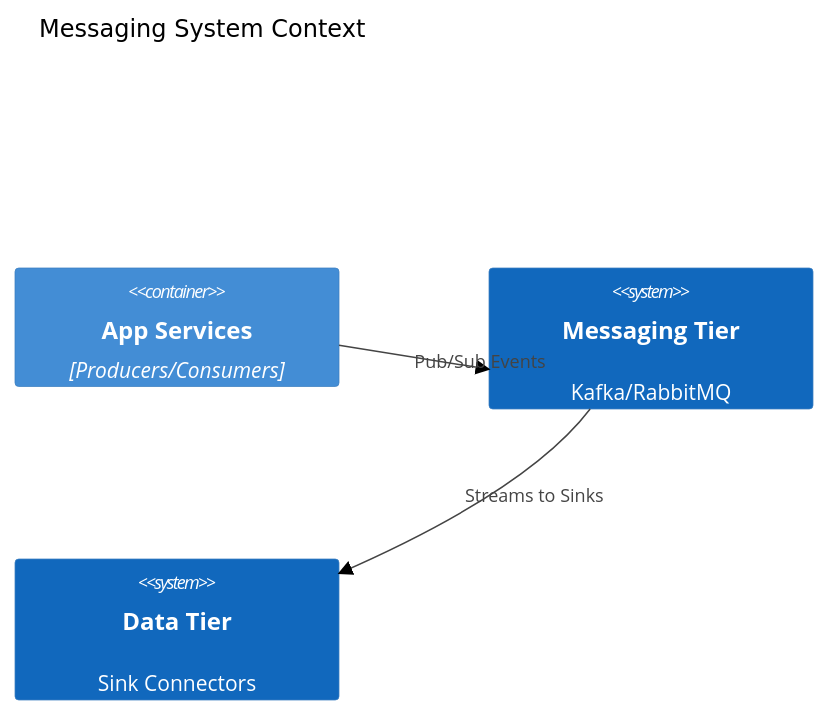
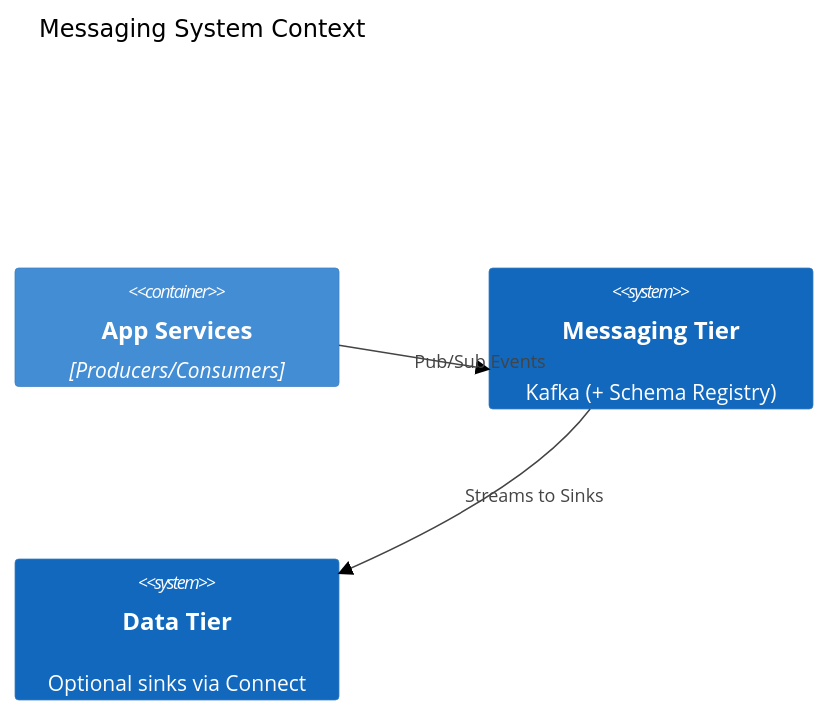
Before and after one commit to buenhyden/hy-home.docker: the diagram in docs/ard/messaging-ard.md, drawn with Mermaid (neutral theme). The commit also changed other lines of this file and 35 other files, not shown here.

Commit message:
docs: Refine architectural decision records and standardize `docker compose` command usage across documentation.

````diff
--- a/docs/ard/messaging-ard.md
+++ b/docs/ard/messaging-ard.md
@@ -31,10 +22,10 @@
 ```mermaid
 C4Context
     title Messaging System Context
     Container(apps, "App Services", "Producers/Consumers")
-    System(msg_bus, "Messaging Tier", "Kafka/RabbitMQ")
-    System(persistence, "Data Tier", "Sink Connectors")
+    System(msg_bus, "Messaging Tier", "Kafka (+ Schema Registry)")
+    System(persistence, "Data Tier", "Optional sinks via Connect")
 
     Rel(apps, msg_bus, "Pub/Sub Events")
     Rel(msg_bus, persistence, "Streams to Sinks")
 ```
````
